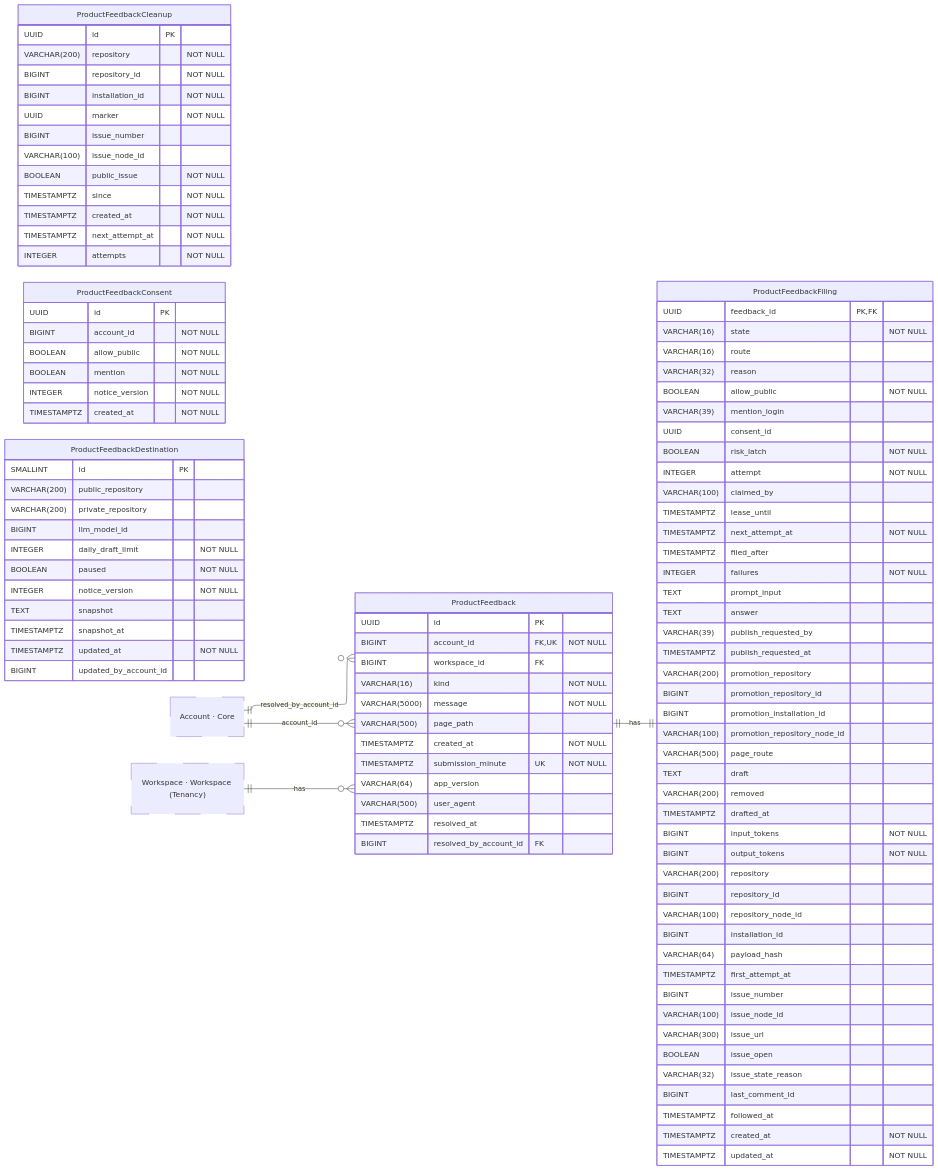
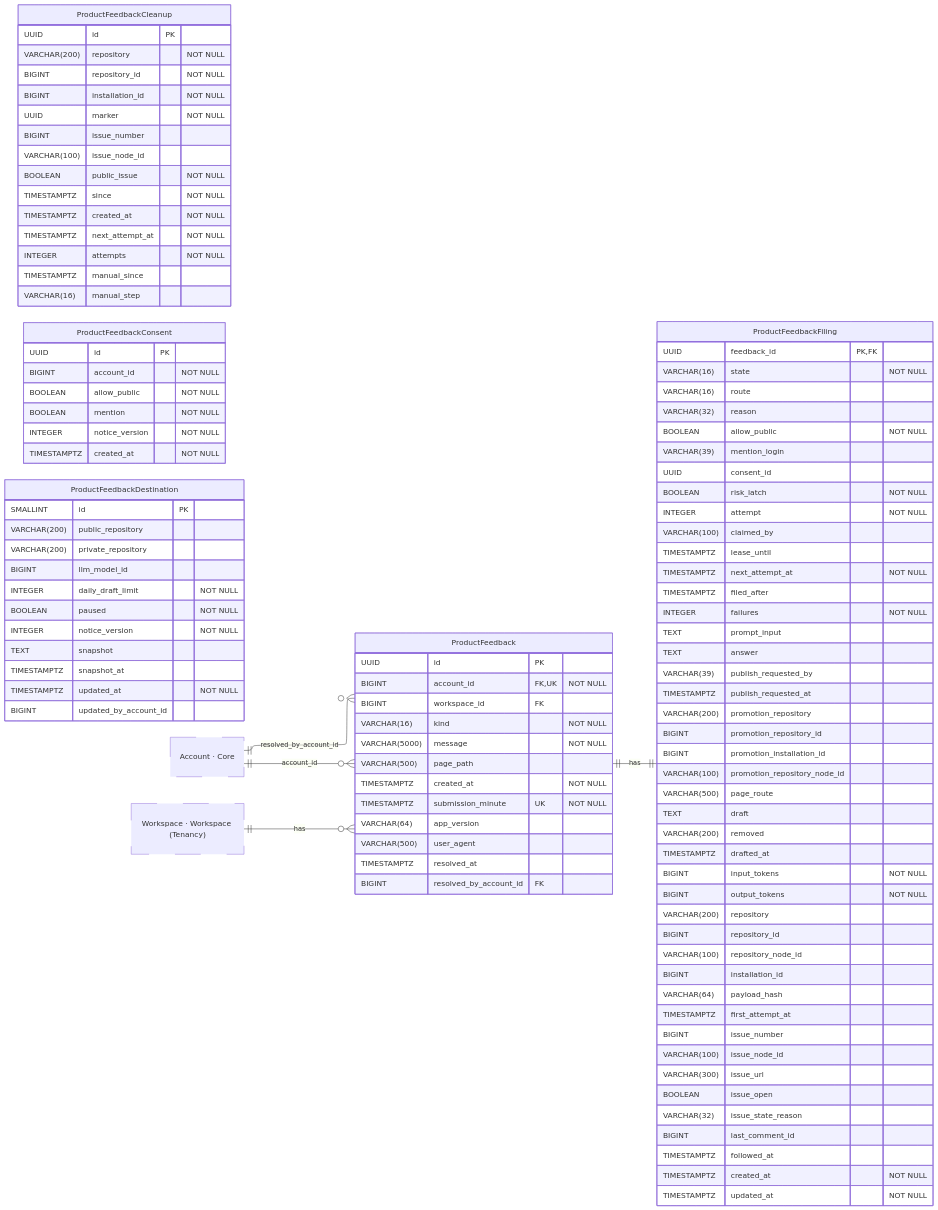
Before and after one commit to hephaestus-build/Hephaestus: the diagram in docs/contributor/erd/productfeedback.mmd, drawn with Mermaid. The commit also changed 50 other files, not shown here.

```diff
--- a/docs/contributor/erd/productfeedback.mmd
+++ b/docs/contributor/erd/productfeedback.mmd
@@ -1,130 +1,132 @@
 ---
 config:
     layout: elk
 ---
 erDiagram
     %% Generated automatically from PostgreSQL database schema
     %% using scripts/generate-mermaid-erd.ts
     %% To regenerate: vp run db:generate-erd-docs
 
     direction LR
 
     ProductFeedback {
         UUID id PK
         BIGINT account_id FK,UK "NOT NULL"
         BIGINT workspace_id FK
         VARCHAR(16) kind "NOT NULL"
         VARCHAR(5000) message "NOT NULL"
         VARCHAR(500) page_path
         TIMESTAMPTZ created_at "NOT NULL"
         TIMESTAMPTZ submission_minute UK "NOT NULL"
         VARCHAR(64) app_version
         VARCHAR(500) user_agent
         TIMESTAMPTZ resolved_at
         BIGINT resolved_by_account_id FK
     }
 
     ProductFeedbackCleanup {
         UUID id PK
         VARCHAR(200) repository "NOT NULL"
         BIGINT repository_id "NOT NULL"
         BIGINT installation_id "NOT NULL"
         UUID marker "NOT NULL"
         BIGINT issue_number
         VARCHAR(100) issue_node_id
         BOOLEAN public_issue "NOT NULL"
         TIMESTAMPTZ since "NOT NULL"
         TIMESTAMPTZ created_at "NOT NULL"
         TIMESTAMPTZ next_attempt_at "NOT NULL"
         INTEGER attempts "NOT NULL"
+        TIMESTAMPTZ manual_since
+        VARCHAR(16) manual_step
     }
 
     ProductFeedbackConsent {
         UUID id PK
         BIGINT account_id "NOT NULL"
         BOOLEAN allow_public "NOT NULL"
         BOOLEAN mention "NOT NULL"
         INTEGER notice_version "NOT NULL"
         TIMESTAMPTZ created_at "NOT NULL"
     }
 
     ProductFeedbackDestination {
         SMALLINT id PK
         VARCHAR(200) public_repository
         VARCHAR(200) private_repository
         BIGINT llm_model_id
         INTEGER daily_draft_limit "NOT NULL"
         BOOLEAN paused "NOT NULL"
         INTEGER notice_version "NOT NULL"
         TEXT snapshot
         TIMESTAMPTZ snapshot_at
         TIMESTAMPTZ updated_at "NOT NULL"
         BIGINT updated_by_account_id
     }
 
     ProductFeedbackFiling {
         UUID feedback_id PK,FK
         VARCHAR(16) state "NOT NULL"
         VARCHAR(16) route
         VARCHAR(32) reason
         BOOLEAN allow_public "NOT NULL"
         VARCHAR(39) mention_login
         UUID consent_id
         BOOLEAN risk_latch "NOT NULL"
         INTEGER attempt "NOT NULL"
         VARCHAR(100) claimed_by
         TIMESTAMPTZ lease_until
         TIMESTAMPTZ next_attempt_at "NOT NULL"
         TIMESTAMPTZ filed_after
         INTEGER failures "NOT NULL"
         TEXT prompt_input
         TEXT answer
         VARCHAR(39) publish_requested_by
         TIMESTAMPTZ publish_requested_at
         VARCHAR(200) promotion_repository
         BIGINT promotion_repository_id
         BIGINT promotion_installation_id
         VARCHAR(100) promotion_repository_node_id
         VARCHAR(500) page_route
         TEXT draft
         VARCHAR(200) removed
         TIMESTAMPTZ drafted_at
         BIGINT input_tokens "NOT NULL"
         BIGINT output_tokens "NOT NULL"
         VARCHAR(200) repository
         BIGINT repository_id
         VARCHAR(100) repository_node_id
         BIGINT installation_id
         VARCHAR(64) payload_hash
         TIMESTAMPTZ first_attempt_at
         BIGINT issue_number
         VARCHAR(100) issue_node_id
         VARCHAR(300) issue_url
         BOOLEAN issue_open
         VARCHAR(32) issue_state_reason
         BIGINT last_comment_id
         TIMESTAMPTZ followed_at
         TIMESTAMPTZ created_at "NOT NULL"
         TIMESTAMPTZ updated_at "NOT NULL"
     }
 
     Account["Account · Core"]
     Workspace["Workspace · Workspace (Tenancy)"]
 
     %% Relationships
     %% One-to-One relationships
     ProductFeedback ||--|| ProductFeedbackFiling : has
 
     %% One-to-Many relationships
     Account ||--o{ ProductFeedback : account_id
     Account ||--o{ ProductFeedback : resolved_by_account_id
     Workspace ||--o{ ProductFeedback : has
 
     %% Styling
     classDef primaryEntity stroke:#0288d1,stroke-width:2px
     classDef associationEntity stroke:#8e24aa,stroke-width:2px
     classDef metadataEntity stroke:#43a047,stroke-width:2px
     classDef referenceEntity stroke-dasharray:5 5
 
     class Account referenceEntity
     class Workspace referenceEntity
```
